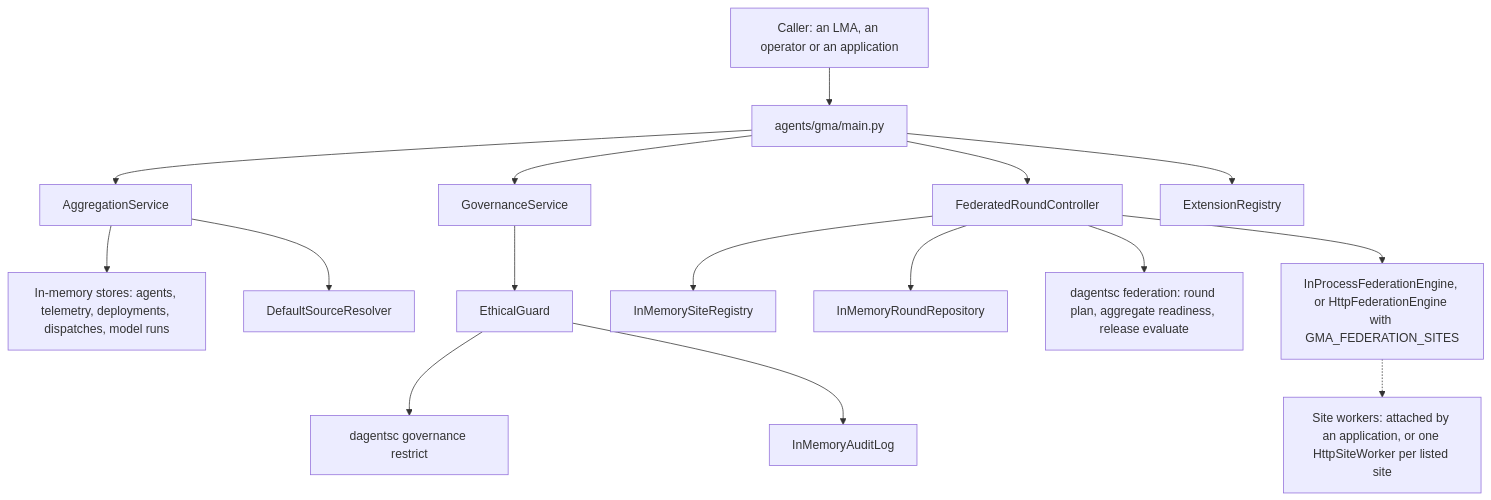
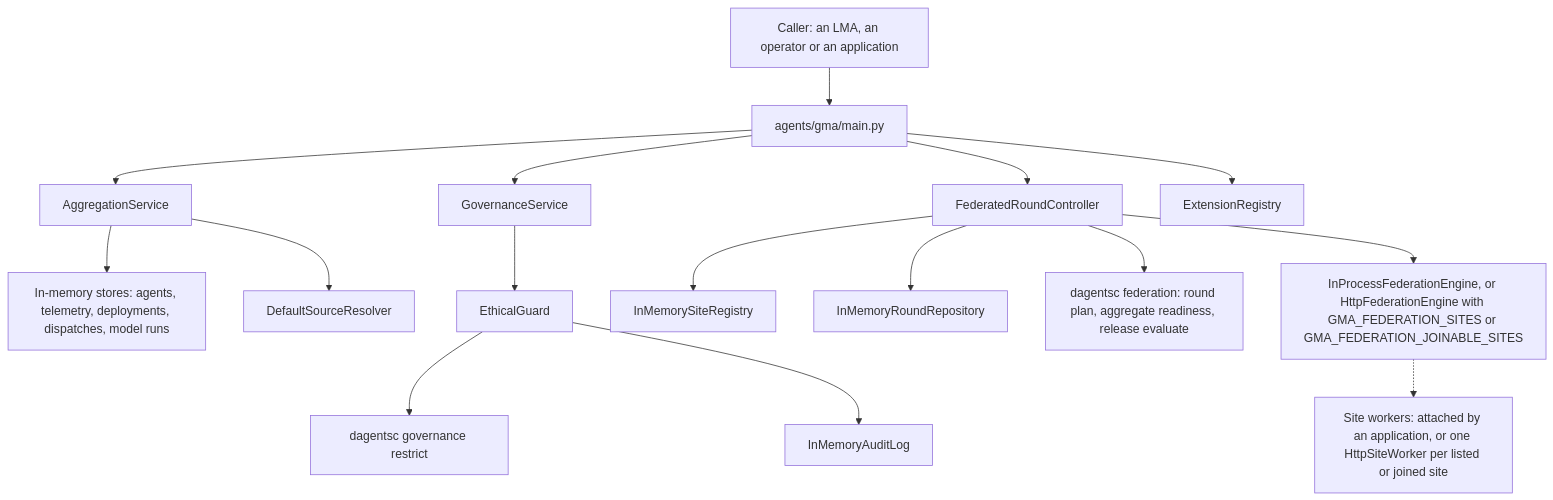
The sixth of 9 diagrams in docs/reference/api/agents.md (pradyunuydarp/Dagents), drawn with Mermaid before and after one commit. The commit also changed other lines of this file and 11 other files, not shown here.

First line of the commit message:
Add GMA routes for site addresses

````diff
--- a/docs/reference/api/agents.md
+++ b/docs/reference/api/agents.md
@@ -874,18 +878,18 @@
 ```mermaid
 flowchart TB
     Caller["Caller: an LMA, an operator or an application"] --> Routes["agents/gma/main.py"]
     Routes --> Aggregation["AggregationService"]
     Routes --> Governance["GovernanceService"]
     Routes --> Rounds["FederatedRoundController"]
     Routes --> Registry["ExtensionRegistry"]
     Aggregation --> Stores["In-memory stores: agents, telemetry, deployments, dispatches, model runs"]
     Aggregation --> Resolver["DefaultSourceResolver"]
     Governance --> Guard["EthicalGuard"]
     Guard --> Restrict["dagentsc governance restrict"]
     Guard --> Audit["InMemoryAuditLog"]
     Rounds --> Sites["InMemorySiteRegistry"]
     Rounds --> RoundStore["InMemoryRoundRepository"]
     Rounds --> Federation["dagentsc federation: round plan, aggregate readiness, release evaluate"]
-    Rounds --> Engine["InProcessFederationEngine, or HttpFederationEngine with GMA_FEDERATION_SITES"]
-    Engine -.-> Workers["Site workers: attached by an application, or one HttpSiteWorker per listed site"]
+    Rounds --> Engine["InProcessFederationEngine, or HttpFederationEngine with GMA_FEDERATION_SITES or GMA_FEDERATION_JOINABLE_SITES"]
+    Engine -.-> Workers["Site workers: attached by an application, or one HttpSiteWorker per listed or joined site"]
 ```
````
